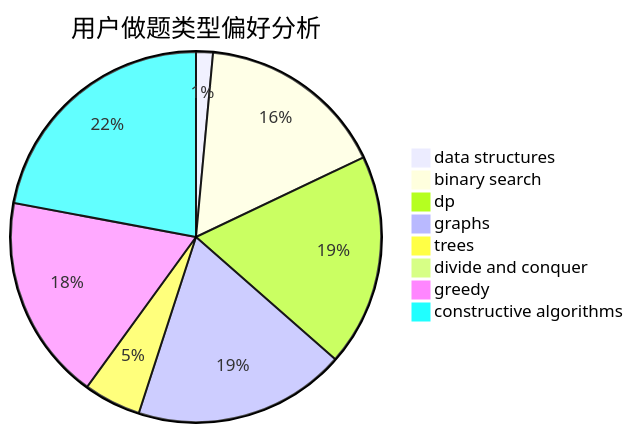
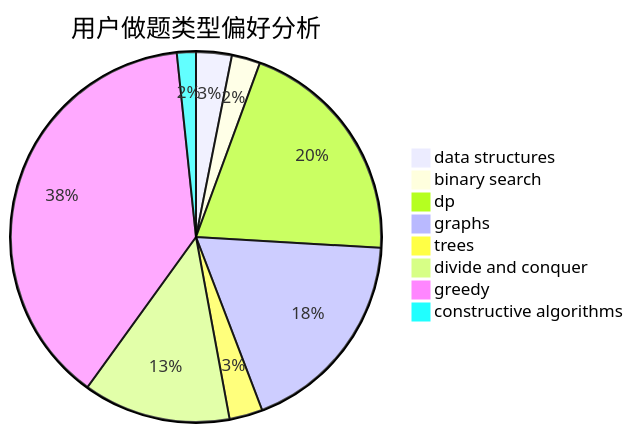
One commit to sherpahu/cfrs.github.io changed the second of 3 diagrams in docs/user/u697.md. Above: the diagram before and after it, drawn with Mermaid. The commit also changed other lines of this file and 2770 other files, not shown here.

````diff
--- a/docs/user/u697.md
+++ b/docs/user/u697.md
@@ -23,11 +23,11 @@
 ```mermaid
 pie title 用户做题类型偏好分析
-    "data structures" :  5
-    "binary search" :  56
-    "dp" :  63
-    "graphs" :  63
-    "trees" :  17
-    "divide and conquer" :  0
-    "greedy" :  61
-    "constructive algorithms" :  75
+    "data structures" :  15
+    "binary search" :  12
+    "dp" :  98
+    "graphs" :  88
+    "trees" :  14
+    "divide and conquer" :  62
+    "greedy" :  185
+    "constructive algorithms" :  8
 ```
````
